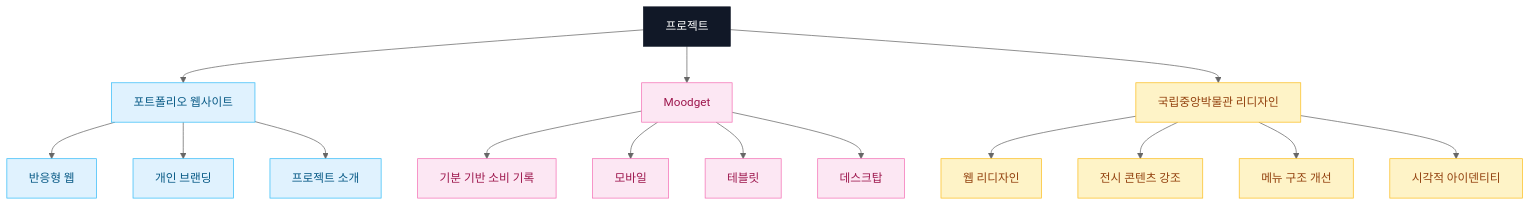
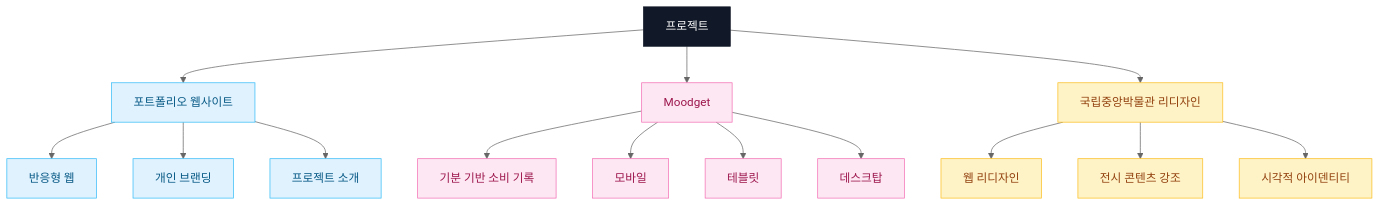
The first of 2 diagrams in README.md (hyunjaeha/hyunjaeha), drawn with Mermaid (neutral theme) before and after one commit. The commit also changed other lines of this file, not shown here.

````diff
--- a/README.md
+++ b/README.md
@@ -62,32 +62,31 @@
 ```mermaid
 flowchart TD
     A[프로젝트]
 
     A --> B[포트폴리오 웹사이트]
     A --> C[Moodget]
     A --> D[국립중앙박물관 리디자인]
 
     B --> B1[반응형 웹]
     B --> B2[개인 브랜딩]
     B --> B3[프로젝트 소개]
 
     C --> C1[기분 기반 소비 기록]
     C --> C2[모바일]
     C --> C3[테블릿]
     C --> C4[데스크탑]
 
     D --> D1[웹 리디자인]
     D --> D2[전시 콘텐츠 강조]
-    D --> D3[메뉴 구조 개선]
-    D --> D4[시각적 아이덴티티]
+    D --> D3[시각적 아이덴티티]
 
     classDef root fill:#111827,color:#ffffff,stroke:#111827;
     classDef portfolio fill:#E0F2FE,color:#075985,stroke:#38BDF8;
     classDef moodget fill:#FCE7F3,color:#9D174D,stroke:#F472B6;
     classDef museum fill:#FEF3C7,color:#92400E,stroke:#FBBF24;
 
     class A root;
     class B,B1,B2,B3 portfolio;
     class C,C1,C2,C3,C4 moodget;
-    class D,D1,D2,D3,D4 museum;
+    class D,D1,D2,D3 museum;
 ```
````
